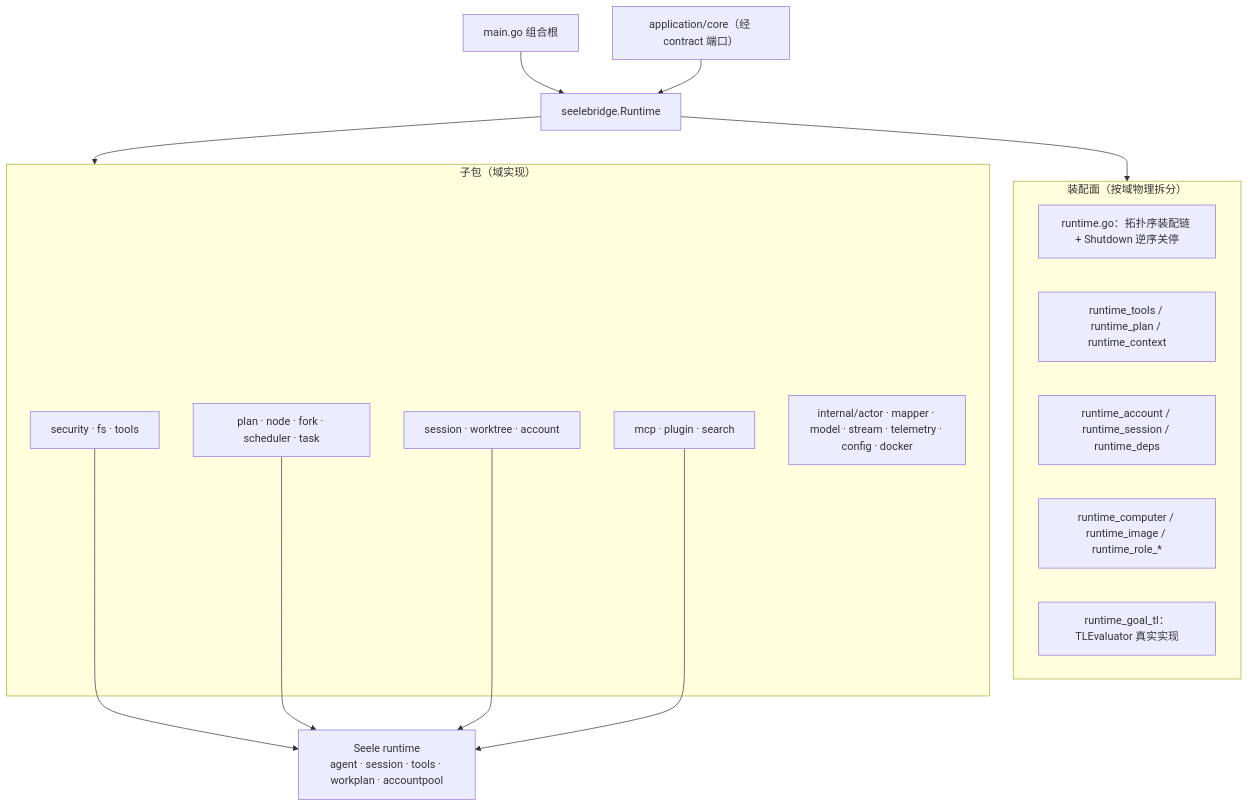
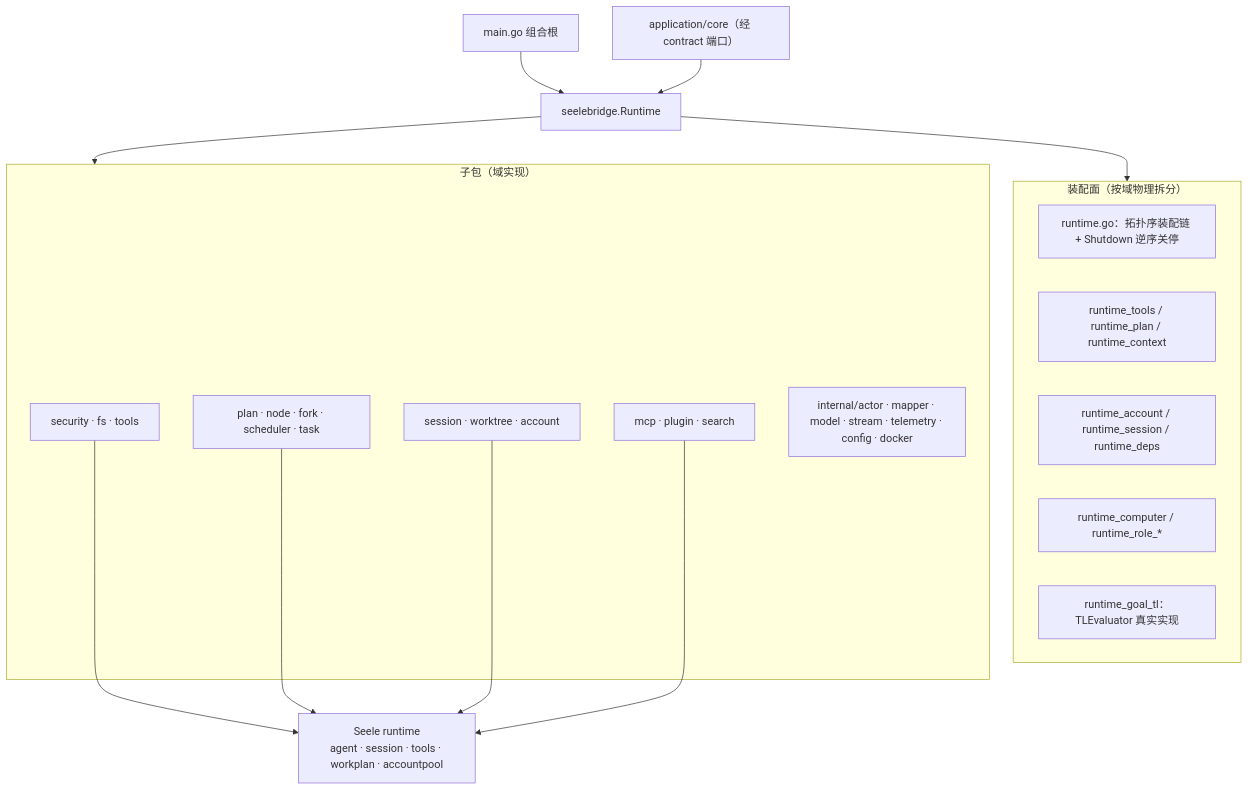
The diagram in backend/engine/assemble/README.md (RedHuang-0622/seelex), drawn with Mermaid before and after one commit. The commit also changed other lines of this file and 16 other files, not shown here.

````diff
--- a/backend/engine/assemble/README.md
+++ b/backend/engine/assemble/README.md
@@ -18,30 +45,30 @@
 ```mermaid
 flowchart TB
     ROOT["main.go 组合根"] --> RT["seelebridge.Runtime"]
     APP["application/core（经 contract 端口）"] --> RT
 
     subgraph ASSEMBLY["装配面（按域物理拆分）"]
         R1["runtime.go：拓扑序装配链 + Shutdown 逆序关停"]
         R2["runtime_tools / runtime_plan / runtime_context"]
         R3["runtime_account / runtime_session / runtime_deps"]
-        R4["runtime_computer / runtime_image / runtime_role_*"]
+        R4["runtime_computer / runtime_role_*"]
         R5["runtime_goal_tl：TLEvaluator 真实实现"]
     end
 
     subgraph DOMAIN["子包（域实现）"]
         D1["security · fs · tools"]
         D2["plan · node · fork · scheduler · task"]
         D3["session · worktree · account"]
         D4["mcp · plugin · search"]
         D5["internal/actor · mapper · model · stream · telemetry · config · docker"]
     end
 
     SEELE["Seele runtime<br/>agent · session · tools · workplan · accountpool"]
 
     RT --> ASSEMBLY
     RT --> DOMAIN
     D1 --> SEELE
     D2 --> SEELE
     D3 --> SEELE
     D4 --> SEELE
 ```
````
